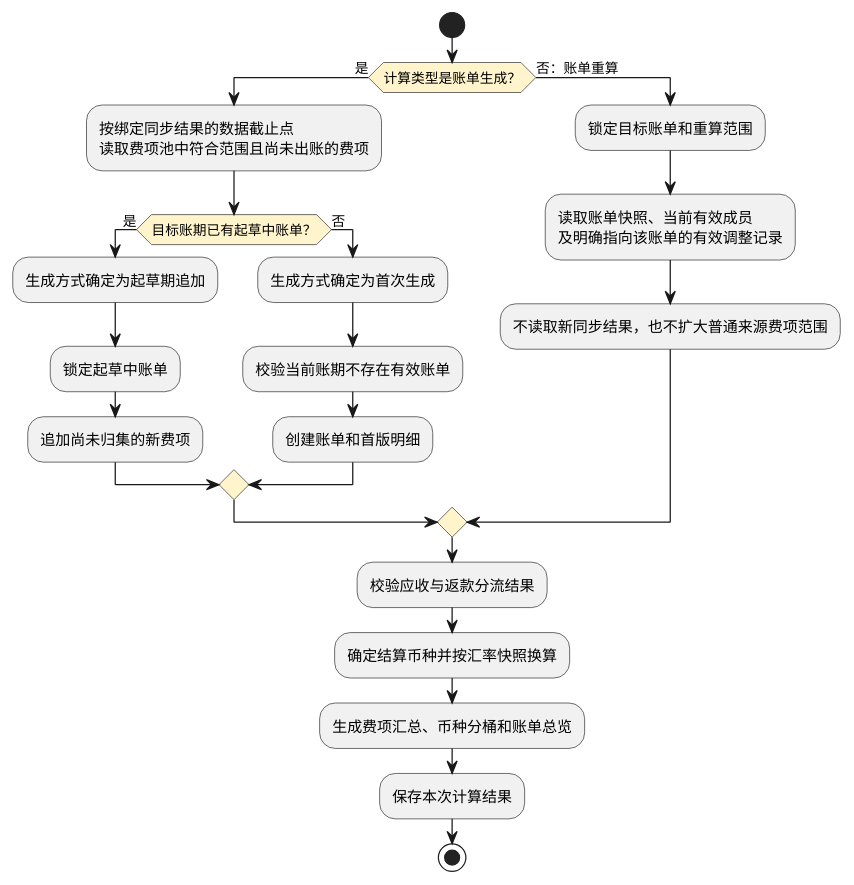
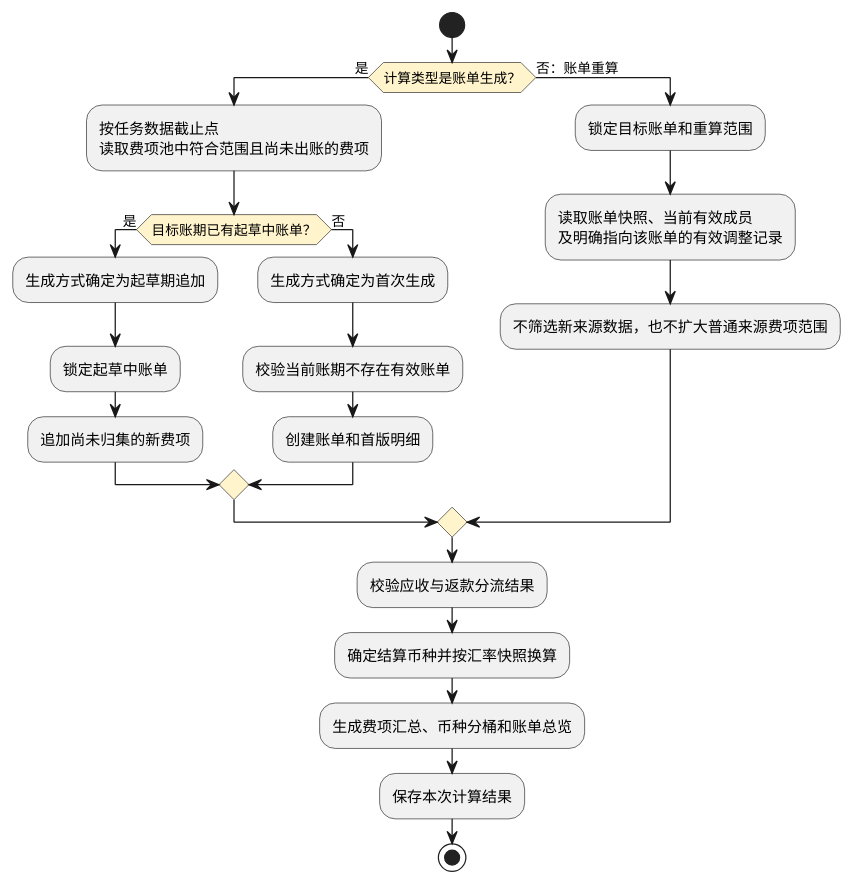
One commit to jack888332/projects-doc changed the tenth of 19 diagrams in product-caliber/bms/prd/账单系统.PRD.md. Above: the diagram before and after it, drawn with PlantUML. The commit also changed other lines of this file, not shown here.

````diff
--- a/product-caliber/bms/prd/账单系统.PRD.md
+++ b/product-caliber/bms/prd/账单系统.PRD.md
@@ -1587,29 +1602,29 @@
 ```plantuml
 @startuml
 skinparam activityDiamondBackgroundColor #FFF4CC
 
 start
 if (计算类型是账单生成？) then (是)
-  :按绑定同步结果的数据截止点\n读取费项池中符合范围且尚未出账的费项;
+  :按任务数据截止点\n读取费项池中符合范围且尚未出账的费项;
   if (目标账期已有起草中账单？) then (是)
     :生成方式确定为起草期追加;
     :锁定起草中账单;
     :追加尚未归集的新费项;
   else (否)
     :生成方式确定为首次生成;
     :校验当前账期不存在有效账单;
     :创建账单和首版明细;
   endif
 else (否：账单重算)
   :锁定目标账单和重算范围;
   :读取账单快照、当前有效成员\n及明确指向该账单的有效调整记录;
-  :不读取新同步结果，也不扩大普通来源费项范围;
+  :不筛选新来源数据，也不扩大普通来源费项范围;
 endif
 
 :校验应收与返款分流结果;
 :确定结算币种并按汇率快照换算;
 :生成费项汇总、币种分桶和账单总览;
 :保存本次计算结果;
 stop
 @enduml
 ```
````
